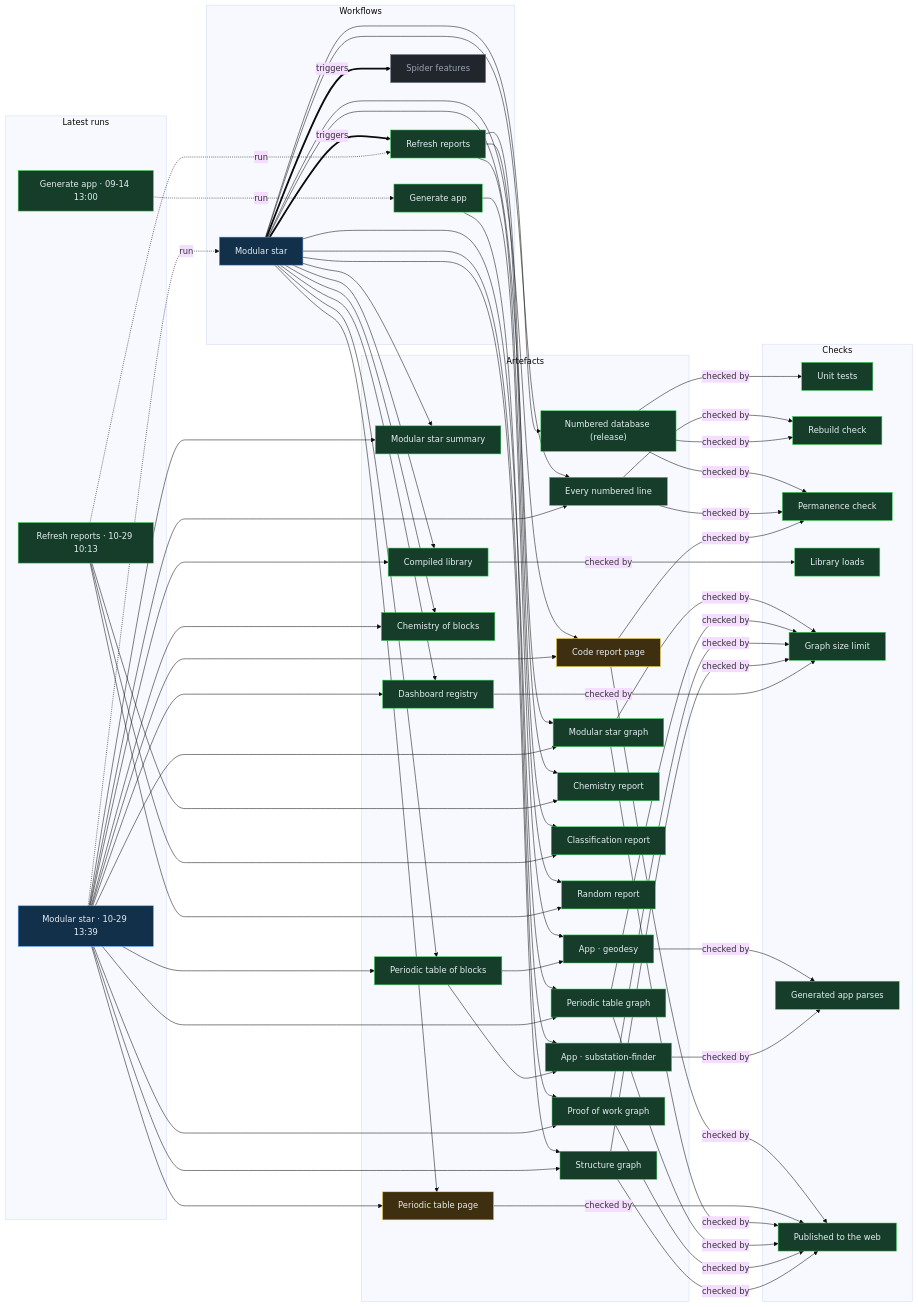
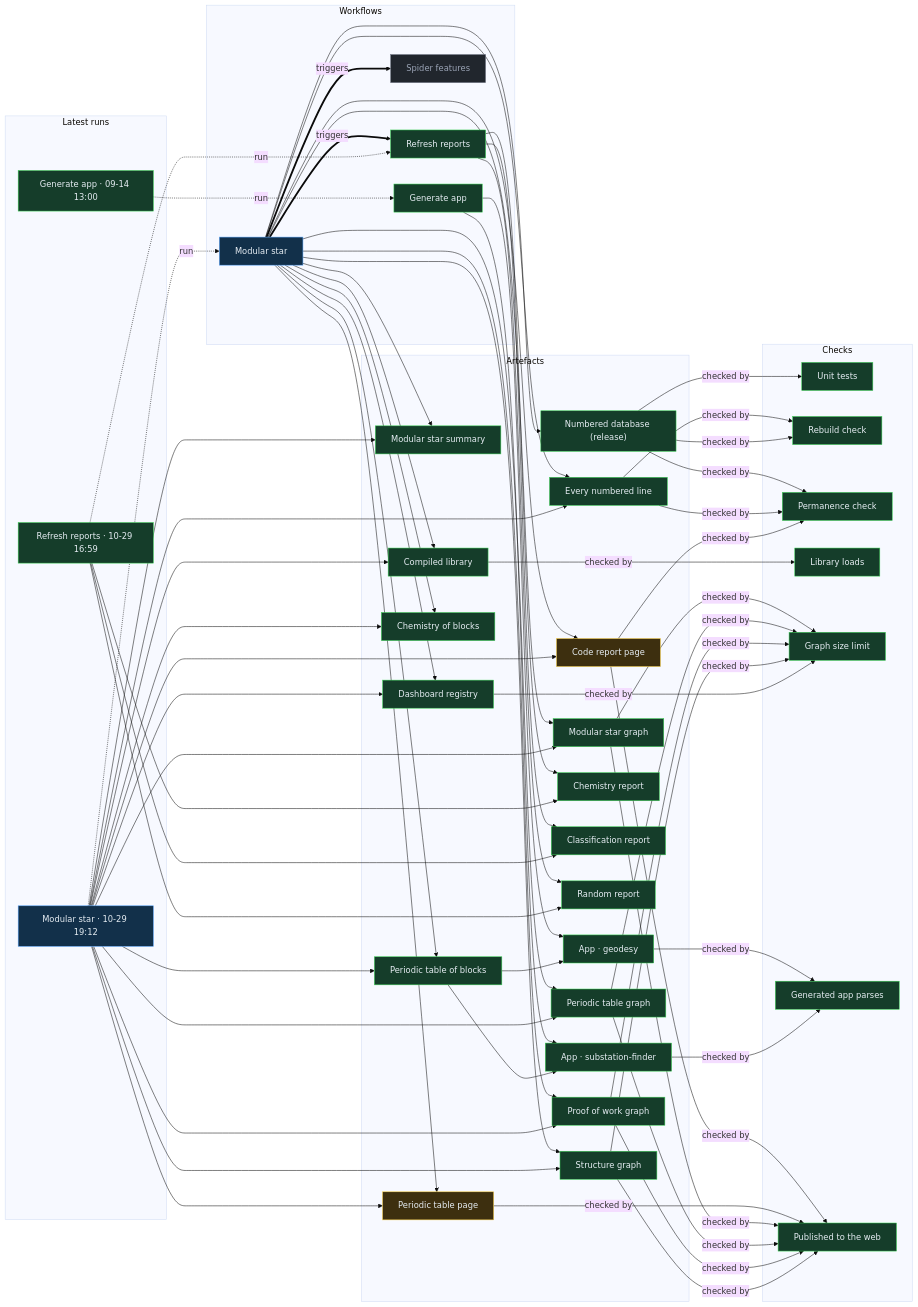
The diagram in proof/PROOF.md (Ventusltd/stars), drawn with Mermaid (base theme) before and after one commit. The commit also changed other lines of this file and 44 other files, not shown here.

Commit message:
Modular star 2026-10-29T19:14Z

```diff
--- a/proof/PROOF.md
+++ b/proof/PROOF.md
@@ -24,8 +24,8 @@
   n_wf_spider_features["Spider features"]:::off
   end
   subgraph g_runs["Latest runs"]
-  n_run_40884007574["Modular star · 10-29 13:39"]:::live
-  n_run_40855905896["Refresh reports · 10-29 10:13"]:::ok
+  n_run_40937936804["Modular star · 10-29 19:12"]:::live
+  n_run_40916966307["Refresh reports · 10-29 16:59"]:::ok
   n_run_34846587798["Generate app · 09-14 13:00"]:::ok
   end
   subgraph g_artefacts["Artefacts"]
@@ -59,39 +59,39 @@
   end
   n_wf_modular_star == triggers ==> n_wf_refresh
   n_wf_modular_star == triggers ==> n_wf_spider_features
-  n_run_40884007574 -. run .-> n_wf_modular_star
-  n_run_40855905896 -. run .-> n_wf_refresh
+  n_run_40937936804 -. run .-> n_wf_modular_star
+  n_run_40916966307 -. run .-> n_wf_refresh
   n_run_34846587798 -. run .-> n_wf_generate
   n_wf_modular_star --> n_art_summary
-  n_run_40884007574 --> n_art_summary
+  n_run_40937936804 --> n_art_summary
   n_wf_modular_star --> n_art_lines
-  n_run_40884007574 --> n_art_lines
+  n_run_40937936804 --> n_art_lines
   n_wf_modular_star --> n_art_code
-  n_run_40884007574 --> n_art_code
+  n_run_40937936804 --> n_art_code
   n_wf_modular_star --> n_art_modular_graph
-  n_run_40884007574 --> n_art_modular_graph
+  n_run_40937936804 --> n_art_modular_graph
   n_wf_modular_star --> n_art_blocks
-  n_run_40884007574 --> n_art_blocks
+  n_run_40937936804 --> n_art_blocks
   n_wf_modular_star --> n_art_table
-  n_run_40884007574 --> n_art_table
+  n_run_40937936804 --> n_art_table
   n_wf_modular_star --> n_art_blocks_graph
-  n_run_40884007574 --> n_art_blocks_graph
+  n_run_40937936804 --> n_art_blocks_graph
   n_wf_modular_star --> n_art_reactions
-  n_run_40884007574 --> n_art_reactions
+  n_run_40937936804 --> n_art_reactions
   n_wf_modular_star --> n_art_library
-  n_run_40884007574 --> n_art_library
+  n_run_40937936804 --> n_art_library
   n_wf_modular_star --> n_art_features
-  n_run_40884007574 --> n_art_features
+  n_run_40937936804 --> n_art_features
   n_wf_modular_star --> n_art_proof
-  n_run_40884007574 --> n_art_proof
+  n_run_40937936804 --> n_art_proof
   n_wf_modular_star --> n_art_structure
-  n_run_40884007574 --> n_art_structure
+  n_run_40937936804 --> n_art_structure
   n_wf_refresh --> n_art_chemistry
-  n_run_40855905896 --> n_art_chemistry
+  n_run_40916966307 --> n_art_chemistry
   n_wf_refresh --> n_art_vedic
-  n_run_40855905896 --> n_art_vedic
+  n_run_40916966307 --> n_art_vedic
   n_wf_refresh --> n_art_random
-  n_run_40855905896 --> n_art_random
+  n_run_40916966307 --> n_art_random
   n_wf_modular_star --> n_art_release
   n_wf_generate --> n_app_geodesy
   n_art_blocks --> n_app_geodesy
```
